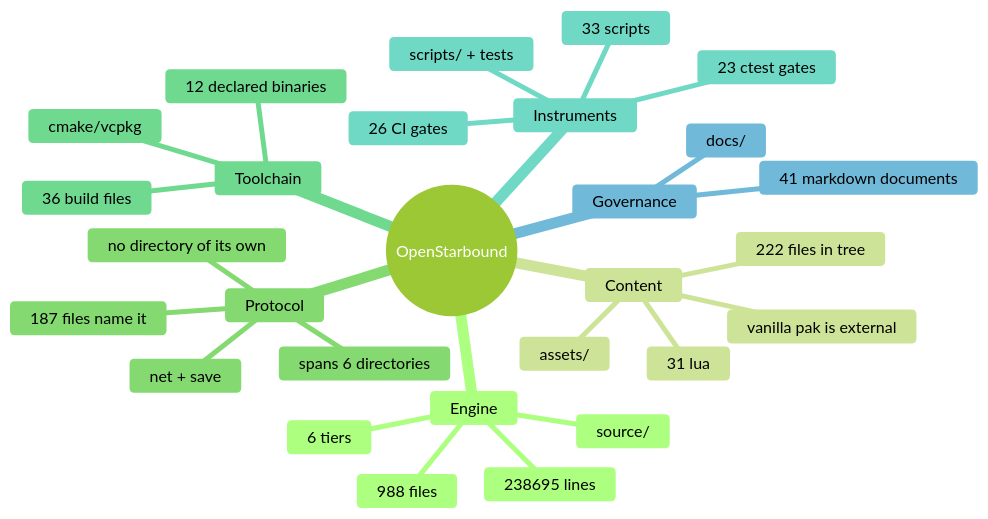
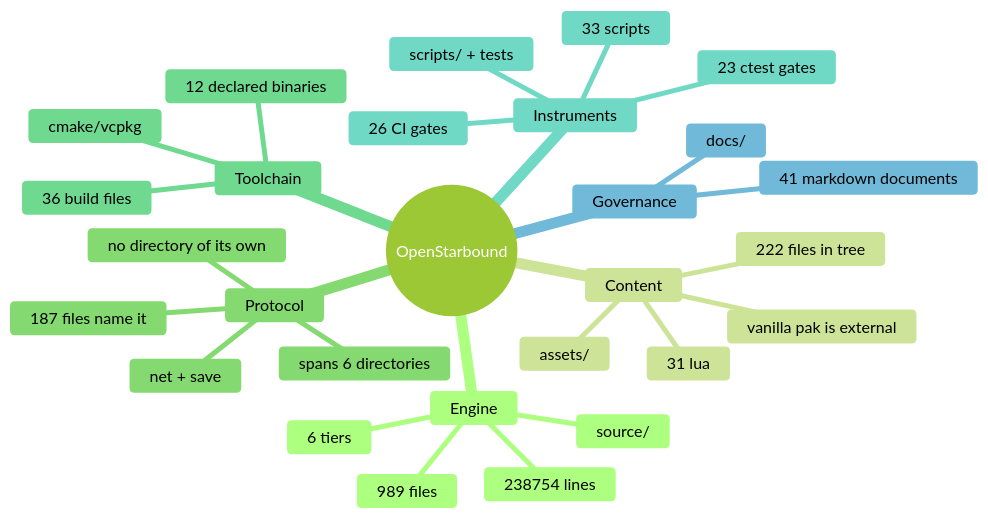
One commit to apnex/OpenStarbound changed the second of 11 diagrams in docs/architecture/system-boundaries.md. Above: the diagram before and after it, drawn with Mermaid (forest theme). The commit also changed other lines of this file and 4 other files, not shown here.

````diff
--- a/docs/architecture/system-boundaries.md
+++ b/docs/architecture/system-boundaries.md
@@ -166,31 +166,31 @@
 ```mermaid
 mindmap
   root((OpenStarbound))
     Engine
       source/
-      988 files
-      238695 lines
+      989 files
+      238754 lines
       6 tiers
     Content
       assets/
       222 files in tree
       31 lua
       vanilla pak is external
     Protocol
       net + save
       187 files name it
       spans 6 directories
       no directory of its own
     Toolchain
       cmake/vcpkg
       36 build files
       12 declared binaries
     Instruments
       scripts/ + tests
       33 scripts
       23 ctest gates
       26 CI gates
     Governance
       docs/
       41 markdown documents
 ```
````
